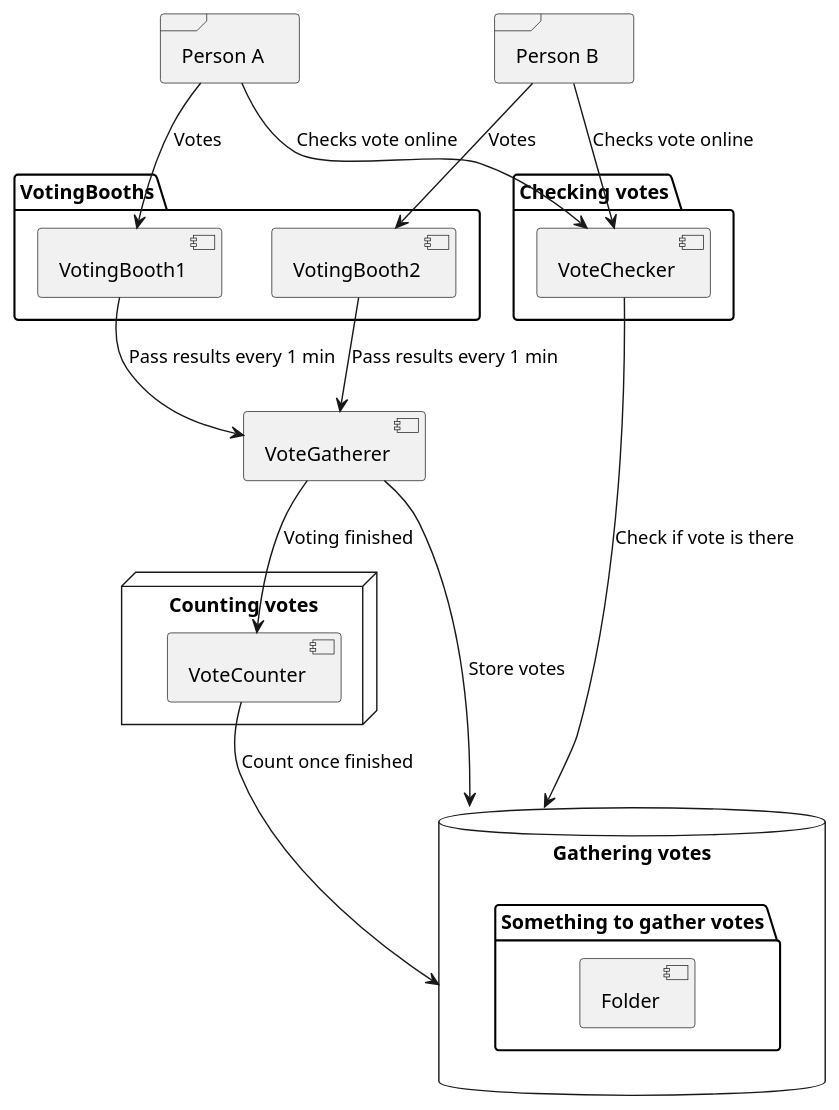
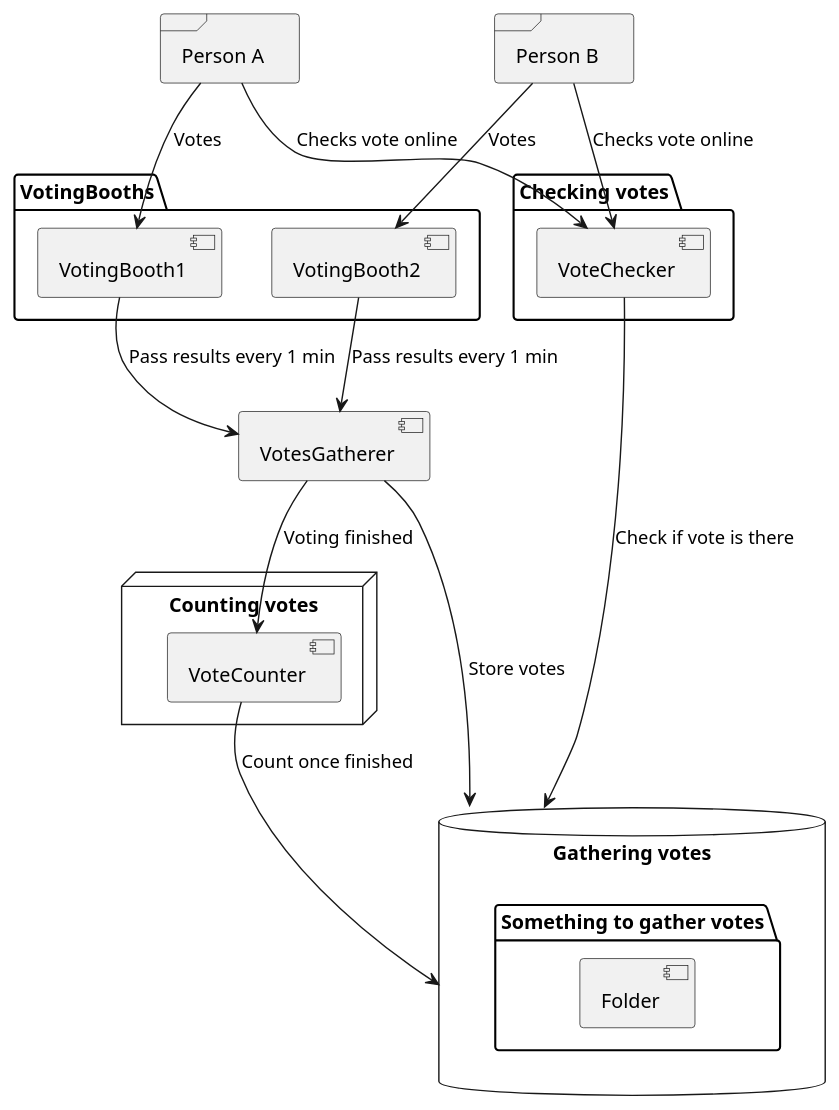
One commit to AeolusTech/Distributed-voting-system changed the diagram in architecture.plantuml. Above: the diagram before and after it, drawn with PlantUML. The commit also changed 18 other files, not shown here.

```diff
--- a/architecture.plantuml
+++ b/architecture.plantuml
@@ -1,51 +1,51 @@
 @startuml
 
 frame "Person A" as person_A
 frame "Person B" as person_B
 
 package "VotingBooths" {
   component [VotingBooth1] as VotingBooth1
   component [VotingBooth2] as VotingBooth2
 }
 
 node "Counting votes" {
   component [VoteCounter] as VoteCounter
 }
 
-component [VoteGatherer] as VoteGatherer
+component [VotesGatherer] as VotesGatherer
 
 database  "Gathering votes" as db {
  folder "Something to gather votes" {
    [Folder]
  }
 }
 
 package "Checking votes" {
   component [VoteChecker] as VoteChecker
 }
 
 
 person_A --> VotingBooth1 : "Votes"
 person_B --> VotingBooth2 : "Votes"
 
 person_A --> VoteChecker : "Checks vote online"
 person_B --> VoteChecker : "Checks vote online"
 
-VotingBooth1 --> VoteGatherer : "Pass results every 1 min"
-VotingBooth2 --> VoteGatherer : "Pass results every 1 min"
+VotingBooth1 --> VotesGatherer : "Pass results every 1 min"
+VotingBooth2 --> VotesGatherer : "Pass results every 1 min"
 
-VoteGatherer --> VoteCounter : "Voting finished"
+VotesGatherer --> VoteCounter : "Voting finished"
 
-VoteGatherer --> db : "Store votes"
+VotesGatherer --> db : "Store votes"
 
 VoteChecker --> db : "Check if vote is there"
 
 VoteCounter --> db : "Count once finished"
 
 
 
 
 
 
 
 @enduml
```
